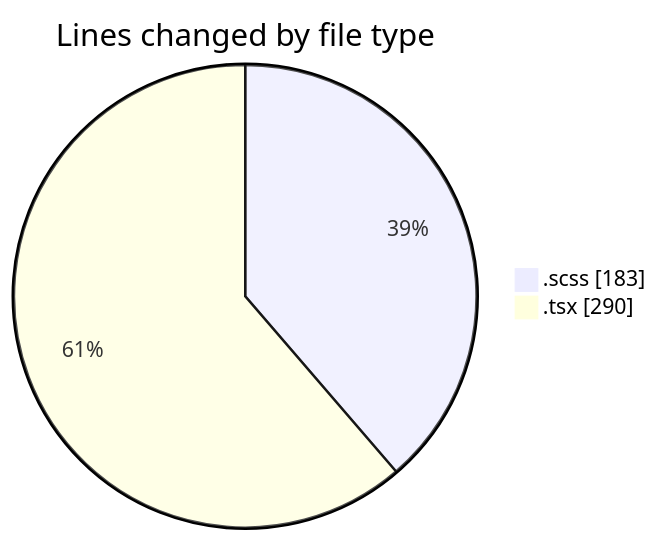
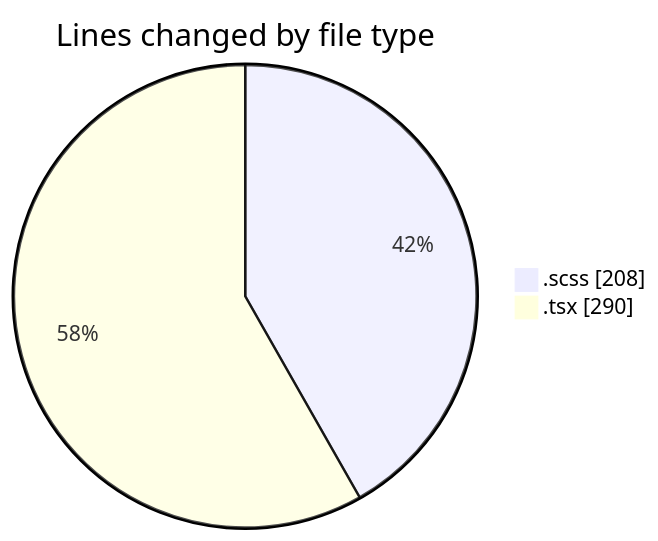
One commit to momahboobian/code-tracking changed the first of 2 diagrams in 2025-03-04/cda/README.md. Above: the diagram before and after it, drawn with Mermaid. The commit also changed other lines of this file and 1 other file, not shown here.

````diff
--- a/2025-03-04/cda/README.md
+++ b/2025-03-04/cda/README.md
@@ -24,6 +24,6 @@
 ```mermaid
 pie showData
 title Lines changed by file type
-".scss" : 183
+".scss" : 208
 ".tsx" : 290
 ```
````
